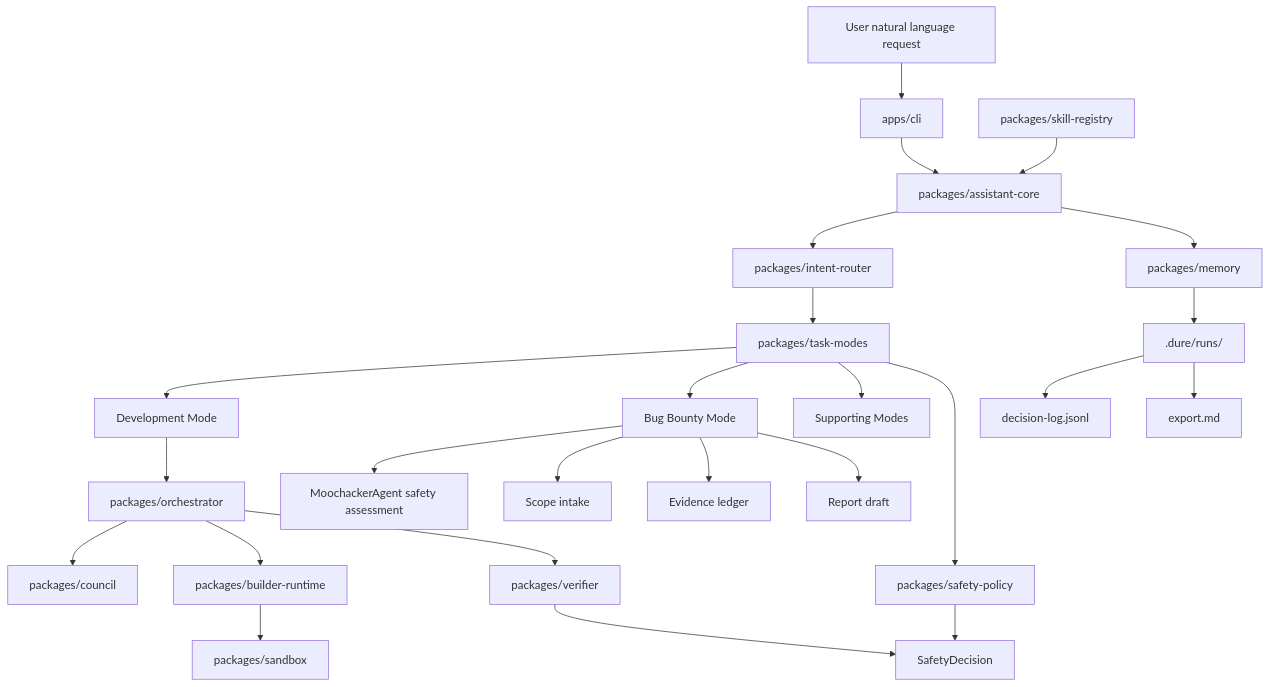
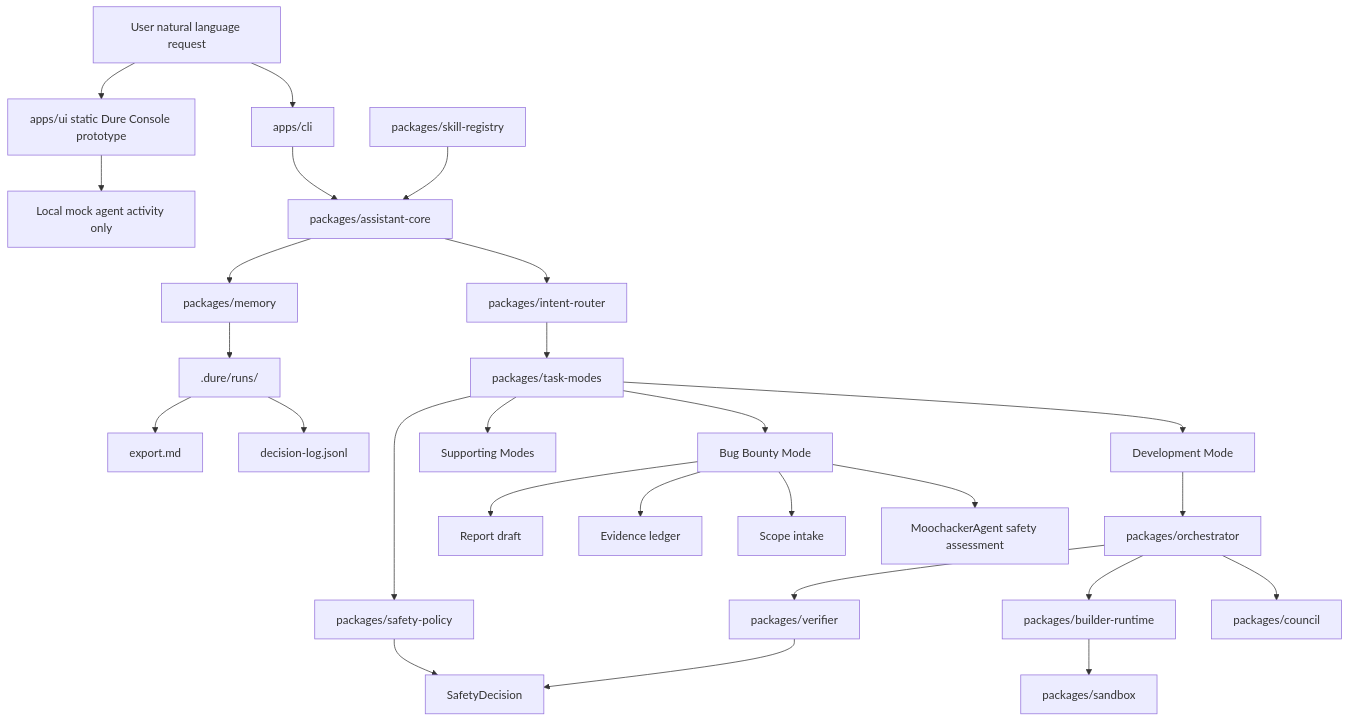
One commit to eklim23/Dure changed the diagram in docs/architecture-diagram.md. Above: the diagram before and after it, drawn with Mermaid. The commit also changed other lines of this file and 10 other files, not shown here.

Commit message:
Add static Dure Console UI prototype

````diff
--- a/docs/architecture-diagram.md
+++ b/docs/architecture-diagram.md
@@ -3,33 +3,35 @@
 ```mermaid
 flowchart TD
   User["User natural language request"] --> CLI["apps/cli"]
+  User --> UI["apps/ui static Dure Console prototype"]
+  UI --> UIState["Local mock agent activity only"]
   CLI --> AssistantCore["packages/assistant-core"]
   AssistantCore --> IntentRouter["packages/intent-router"]
   IntentRouter --> TaskModes["packages/task-modes"]
 
   TaskModes --> Development["Development Mode"]
   TaskModes --> BugBounty["Bug Bounty Mode"]
   TaskModes --> Supporting["Supporting Modes"]
 
   Development --> Orchestrator["packages/orchestrator"]
   Orchestrator --> Council["packages/council"]
   Orchestrator --> BuilderRuntime["packages/builder-runtime"]
   BuilderRuntime --> Sandbox["packages/sandbox"]
   Orchestrator --> Verifier["packages/verifier"]
 
   BugBounty --> Moochacker["MoochackerAgent safety assessment"]
   BugBounty --> Scope["Scope intake"]
   BugBounty --> Evidence["Evidence ledger"]
   BugBounty --> Report["Report draft"]
 
   TaskModes --> SafetyPolicy["packages/safety-policy"]
   SafetyPolicy --> SafetyDecision["SafetyDecision"]
   Verifier --> SafetyDecision
 
   AssistantCore --> Memory["packages/memory"]
   Memory --> Runs[".dure/runs/<run-id>"]
   Runs --> DecisionLog["decision-log.jsonl"]
   Runs --> Export["export.md"]
 
   SkillRegistry["packages/skill-registry"] --> AssistantCore
 ```
````
